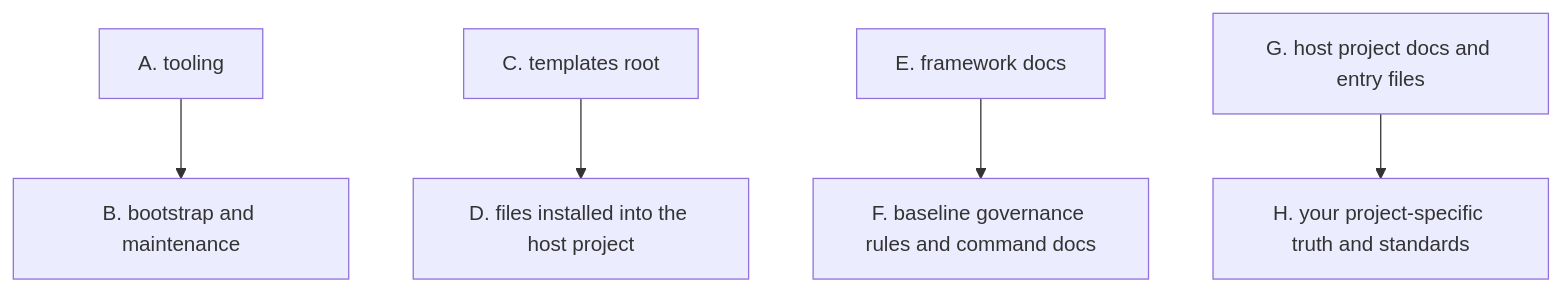
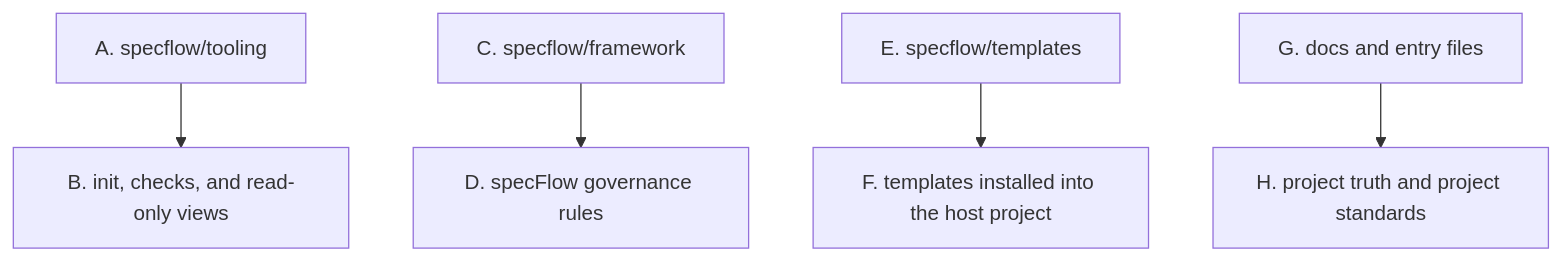
One commit to mfblog/specflow changed the fourth of 4 diagrams in README.md. Above: the diagram before and after it, drawn with Mermaid. The commit also changed other lines of this file and 1 other file, not shown here.

Commit message:
docs:update specflow readme

````diff
--- a/README.md
+++ b/README.md
@@ -531,7 +396,7 @@
 ```mermaid
 flowchart TD
-    A["A. tooling"] --> B["B. bootstrap and maintenance"]
-    C["C. templates root"] --> D["D. files installed into the host project"]
-    E["E. framework docs"] --> F["F. baseline governance rules and command docs"]
-    G["G. host project docs and entry files"] --> H["H. your project-specific truth and standards"]
+    A["A. specflow/tooling"] --> B["B. init, checks, and read-only views"]
+    C["C. specflow/framework"] --> D["D. specFlow governance rules"]
+    E["E. specflow/templates"] --> F["F. templates installed into the host project"]
+    G["G. docs and entry files"] --> H["H. project truth and project standards"]
 ```
````
